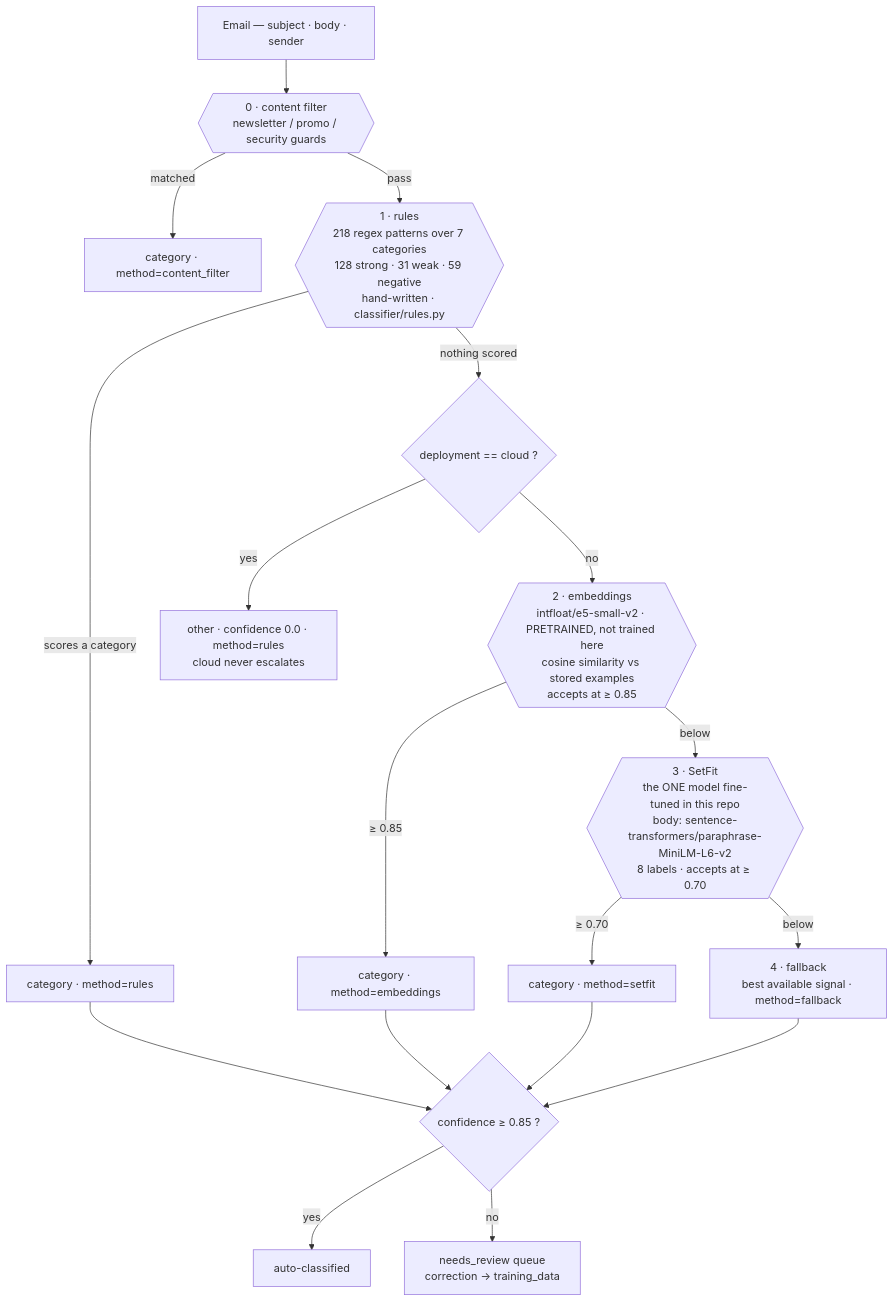
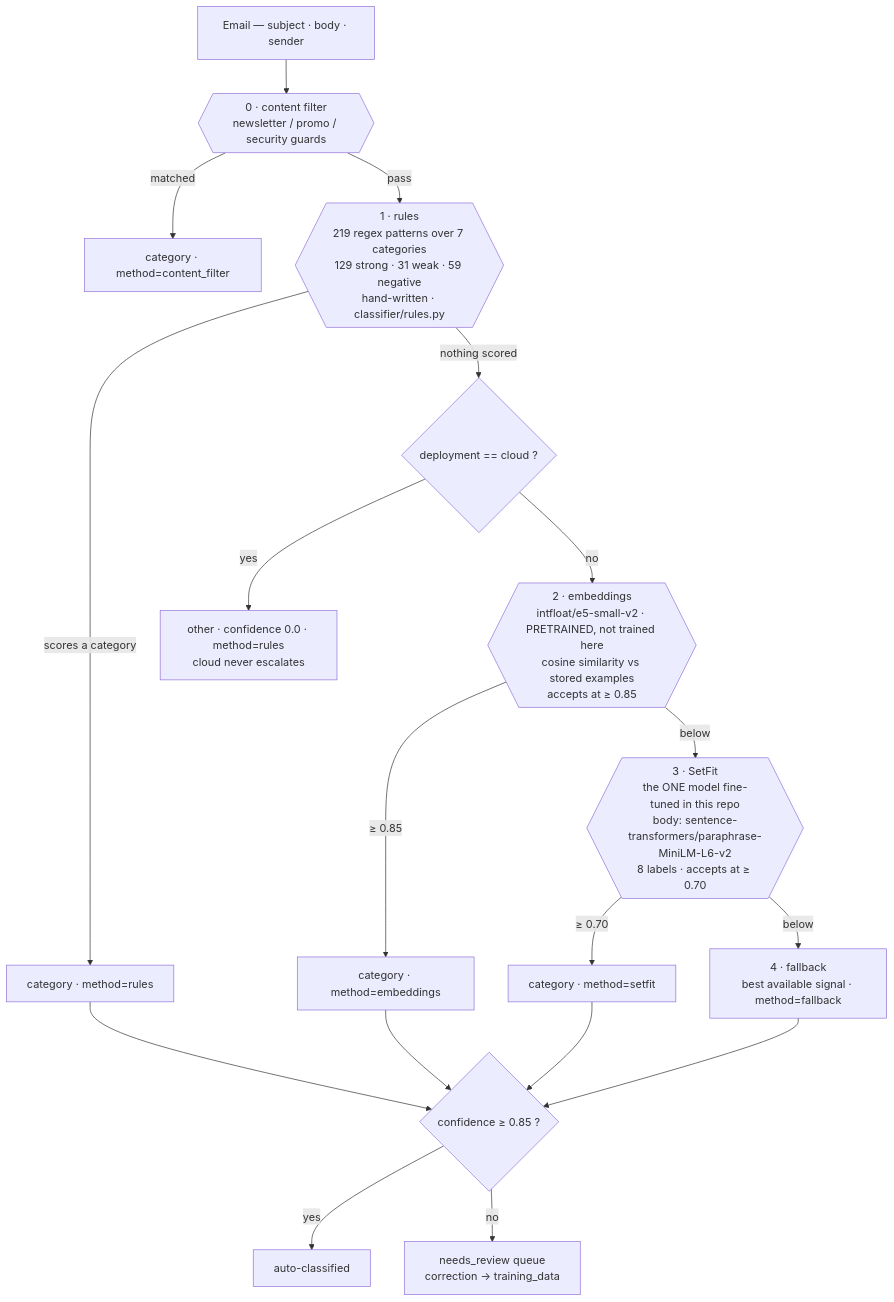
One commit to BARC1999/applied-ai changed the first of 3 diagrams in README.md. Above: the diagram before and after it, drawn with Mermaid. The commit also changed other lines of this file and 8 other files, not shown here.

````diff
--- a/README.md
+++ b/README.md
@@ -60,32 +60,32 @@
 ```mermaid
 flowchart TB
     In["Email — subject · body · sender"] --> CF
 
     CF{{"0 · content filter<br/>newsletter / promo / security guards"}}
     CF -->|"matched"| Out1["category · method=content_filter"]
     CF -->|"pass"| R
 
-    R{{"1 · rules<br/>218 regex patterns over 7 categories<br/>128 strong · 31 weak · 59 negative<br/>hand-written · classifier/rules.py"}}
+    R{{"1 · rules<br/>219 regex patterns over 7 categories<br/>129 strong · 31 weak · 59 negative<br/>hand-written · classifier/rules.py"}}
     R -->|"scores a category"| Out2["category · method=rules"]
     R -->|"nothing scored"| CLOUD
 
     CLOUD{"deployment == cloud ?"}
     CLOUD -->|"yes"| Out3["other · confidence 0.0 · method=rules<br/>cloud never escalates"]
     CLOUD -->|"no"| E
 
     E{{"2 · embeddings<br/>intfloat/e5-small-v2 · PRETRAINED, not trained here<br/>cosine similarity vs stored examples<br/>accepts at ≥ 0.85"}}
     E -->|"≥ 0.85"| Out4["category · method=embeddings"]
     E -->|"below"| S
 
     S{{"3 · SetFit<br/>the ONE model fine-tuned in this repo<br/>body: sentence-transformers/paraphrase-MiniLM-L6-v2<br/>8 labels · accepts at ≥ 0.70"}}
     S -->|"≥ 0.70"| Out5["category · method=setfit"]
     S -->|"below"| F["4 · fallback<br/>best available signal · method=fallback"]
 
     Out2 --> G
     Out4 --> G
     Out5 --> G
     F --> G
     G{"confidence ≥ 0.85 ?"}
     G -->|"yes"| Auto["auto-classified"]
     G -->|"no"| Review["needs_review queue<br/>correction → training_data"]
 ```
````
